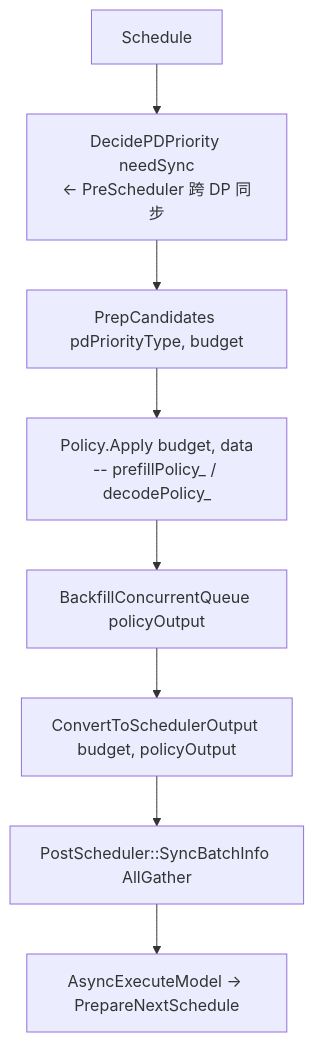
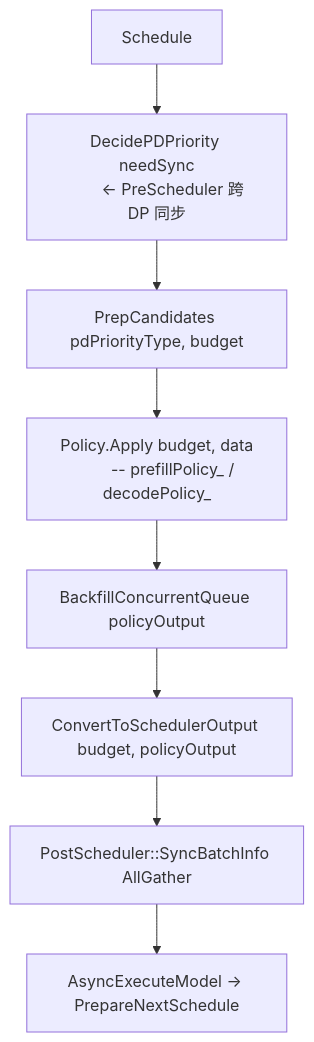
One commit to Lyr-GW/interview-docs changed the second of 2 diagrams in docs/topics/scheduler.md. Above: the diagram before and after it, drawn with Mermaid. The commit also changed other lines of this file and 7 other files, not shown here.

Commit message:
fix: replace mermaid <br/> with newlines to fix parsing under strict security mode

````diff
--- a/docs/topics/scheduler.md
+++ b/docs/topics/scheduler.md
@@ -83,10 +86,12 @@
 ```mermaid
 flowchart TB
-    A[Schedule] --> B[DecidePDPriority needSync<br/>← PreScheduler 跨 DP 同步]
+    A[Schedule] --> B[DecidePDPriority needSync
+        ← PreScheduler 跨 DP 同步]
     B --> C[PrepCandidates pdPriorityType, budget]
-    C --> D[Policy.Apply budget, data<br/>-- prefillPolicy_ / decodePolicy_]
+    C --> D[Policy.Apply budget, data
+        -- prefillPolicy_ / decodePolicy_]
     D --> E[BackfillConcurrentQueue policyOutput]
     E --> F[ConvertToSchedulerOutput budget, policyOutput]
     F --> G[PostScheduler::SyncBatchInfo AllGather]
     G --> H[AsyncExecuteModel → PrepareNextSchedule]
 ```
````
